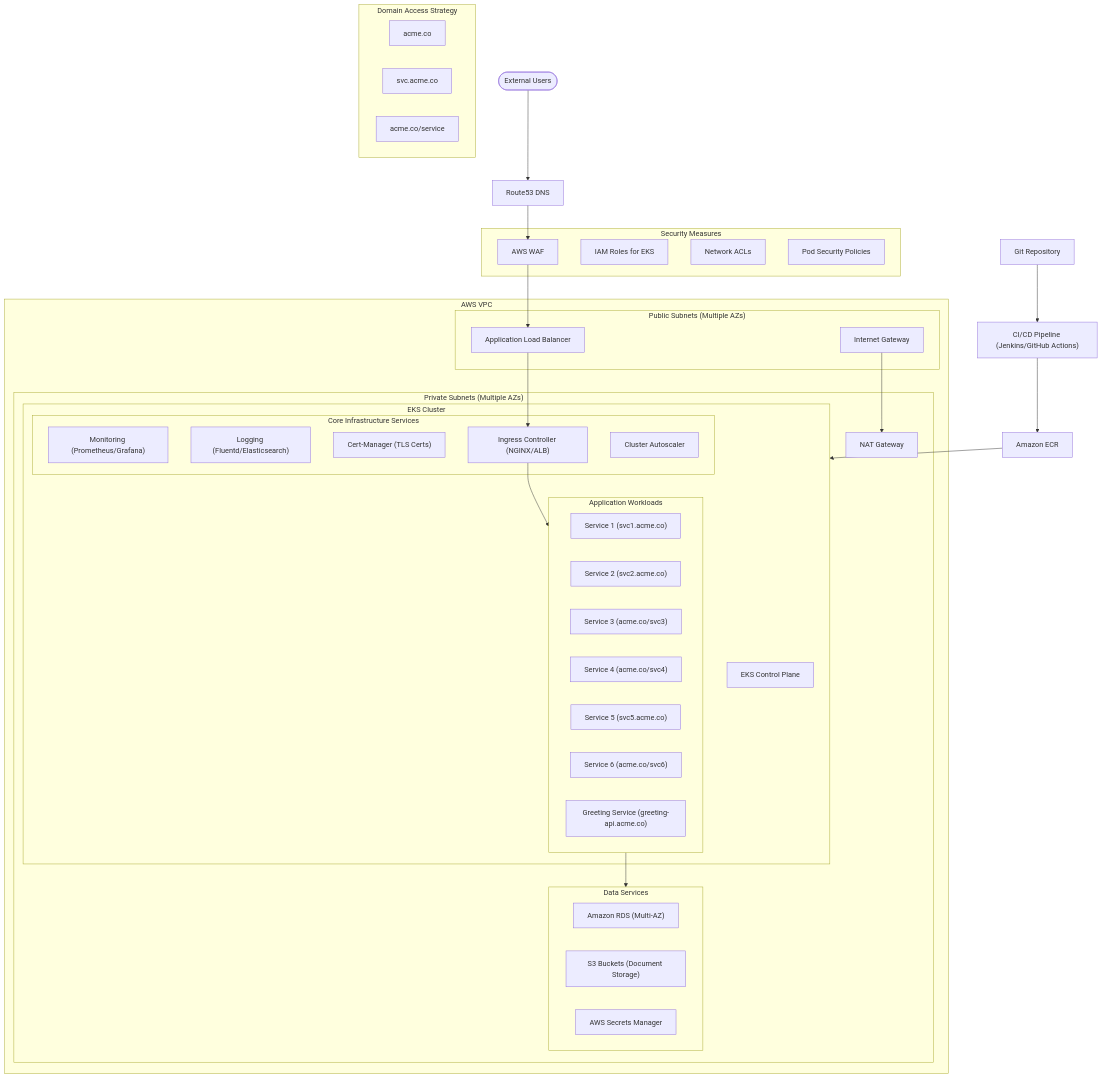
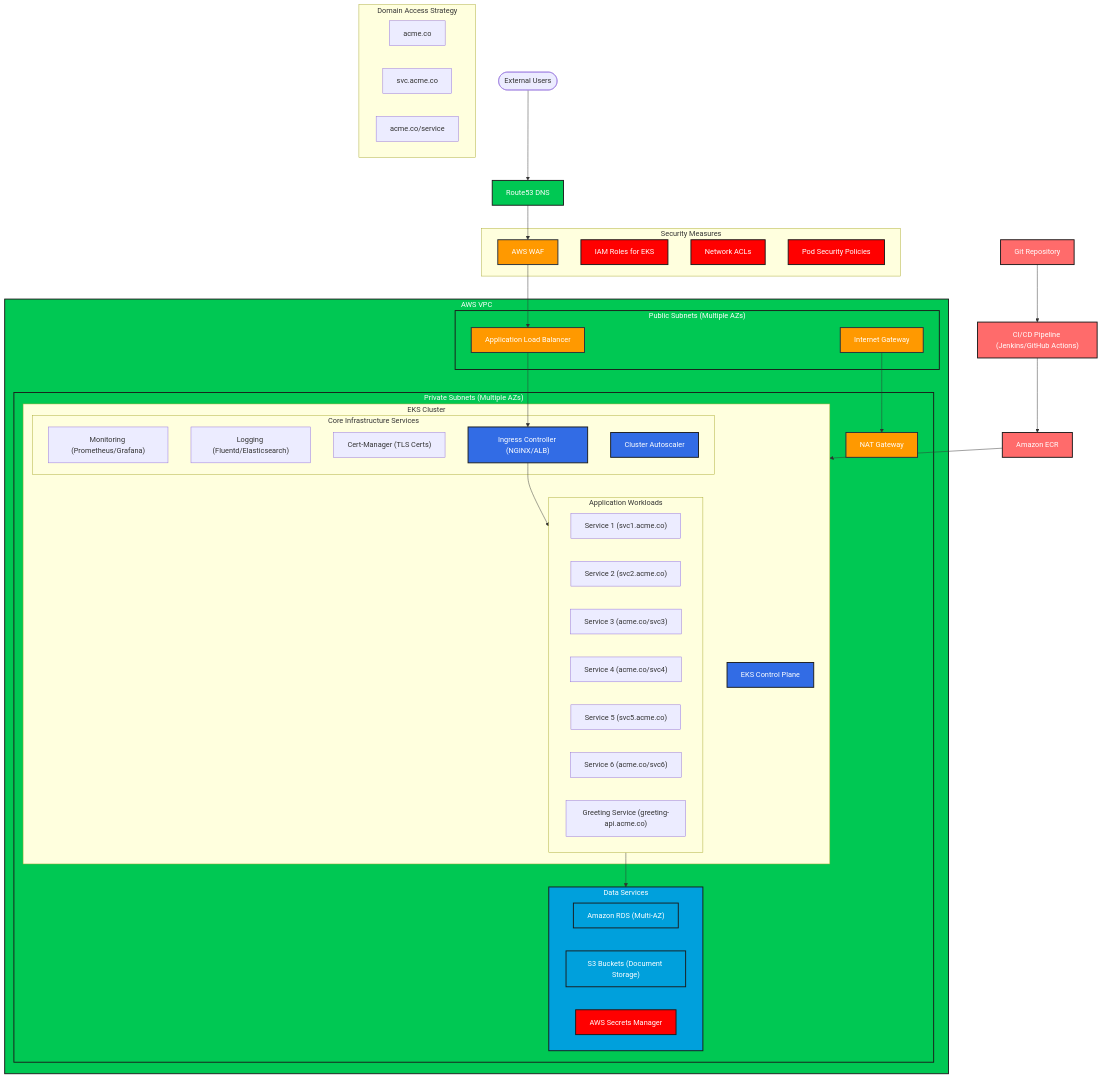
One commit to Mdaftab/ACME-lab changed the first of 2 diagrams in README.md. Above: the diagram before and after it, drawn with Mermaid. The commit also changed other lines of this file, not shown here.

Commit message:
Refactor README.md to remove icons from the Table of Contents for a cleaner presentation. Update the Architecture Overview section to enhance clarity and add styling for various infrastructure components in the diagram, improving visual organization and readability.

````diff
--- a/README.md
+++ b/README.md
@@ -109,4 +109,20 @@
         NetworkACL["Network ACLs"]
         PodSecurity["Pod Security Policies"]
     end
+
+    %% Styling
+    classDef aws fill:#FF9900,stroke:#232F3E,stroke-width:2px,color:white;
+    classDef k8s fill:#326CE5,stroke:#1A1A1A,stroke-width:2px,color:white;
+    classDef security fill:#FF0000,stroke:#1A1A1A,stroke-width:2px,color:white;
+    classDef data fill:#00A0DC,stroke:#1A1A1A,stroke-width:2px,color:white;
+    classDef network fill:#00C853,stroke:#1A1A1A,stroke-width:2px,color:white;
+    classDef ci fill:#FF6B6B,stroke:#1A1A1A,stroke-width:2px,color:white;
+
+    %% Apply styles
+    class WAF,ALB,IGW,NATGateway aws;
+    class ControlPlane,IngressController,Autoscaler k8s;
+    class SecretsManager,IAM,NetworkACL,PodSecurity security;
+    class RDS,S3,DataServices data;
+    class DNS,VPC,PublicSubnets,PrivateSubnets network;
+    class CI,ECR,GitRepo ci;
 ```
````
